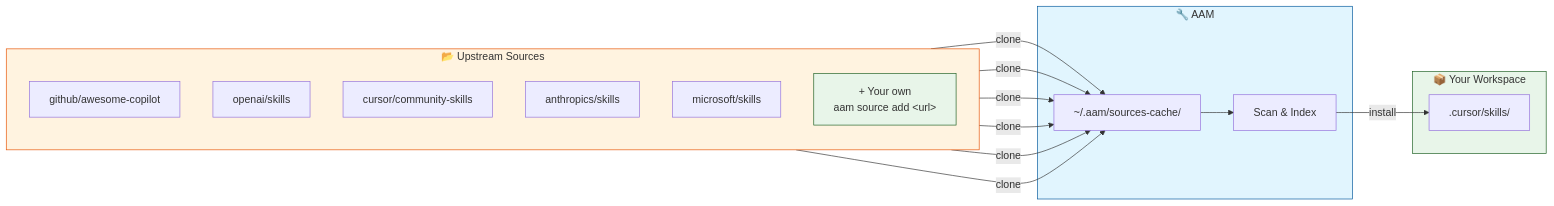
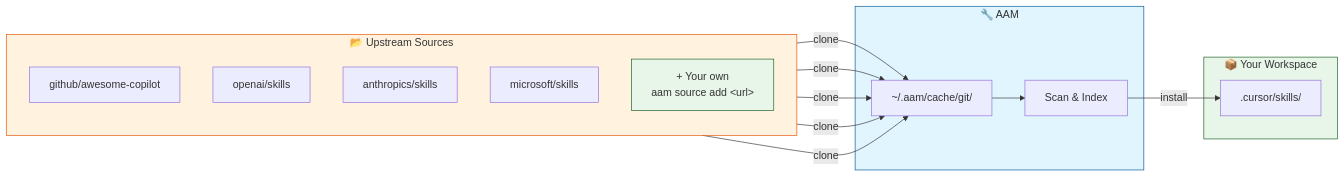
Before and after one commit to spazyCZ/agent-package-manager: the second of 2 diagrams in README.md, drawn with Mermaid. The commit also changed other lines of this file and 39 other files, not shown here.

````diff
--- a/README.md
+++ b/README.md
@@ -165,36 +164,34 @@
 ```mermaid
 flowchart LR
     subgraph Upstreams["📂 Upstream Sources"]
         direction TB
         A["github/awesome-copilot"]
         B["openai/skills"]
-        C["cursor/community-skills"]
-        D["anthropics/skills"]
-        E["microsoft/skills"]
+        C["anthropics/skills"]
+        D["microsoft/skills"]
         Custom["+ Your own<br/>aam source add &lt;url&gt;"]
     end
 
     subgraph AAM["🔧 AAM"]
-        Cache["~/.aam/sources-cache/"]
+        Cache["~/.aam/cache/git/"]
         Scan["Scan & Index"]
         Cache --> Scan
     end
 
     subgraph Deploy["📦 Your Workspace"]
         Cursor[".cursor/skills/"]
     end
 
     A -->|clone| Cache
     B -->|clone| Cache
     C -->|clone| Cache
     D -->|clone| Cache
-    E -->|clone| Cache
     Custom -->|clone| Cache
 
     Scan -->|install| Cursor
 
     style Upstreams fill:#fff3e0,stroke:#e65100
     style Custom fill:#e8f5e9,stroke:#1b5e20
     style AAM fill:#e1f5fe,stroke:#01579b
     style Deploy fill:#e8f5e9,stroke:#1b5e20
 ```
````
